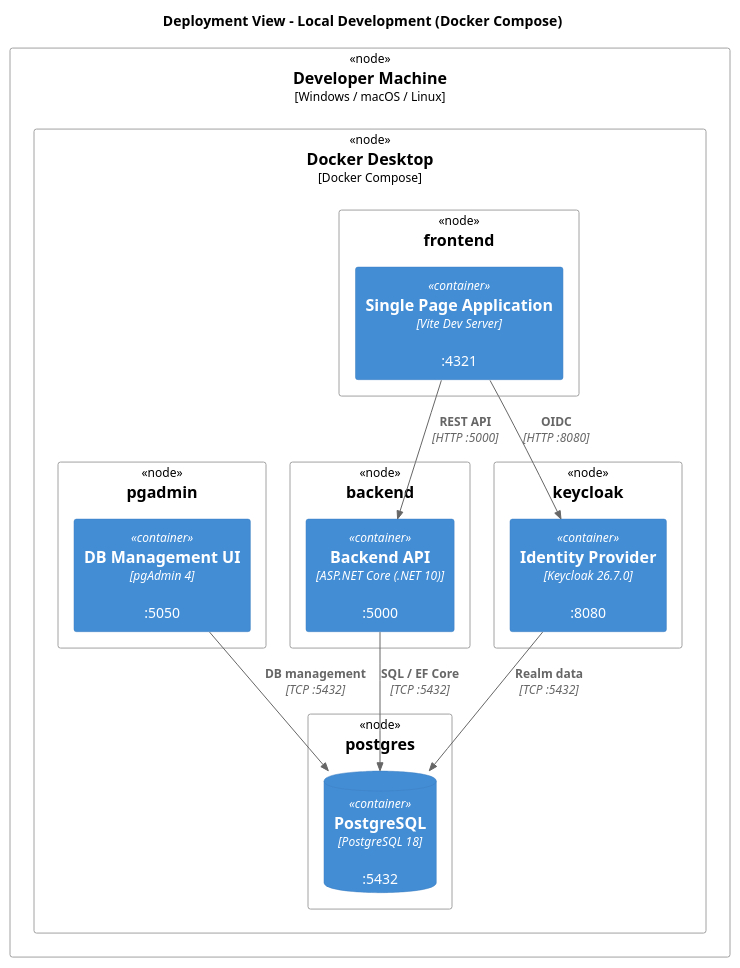
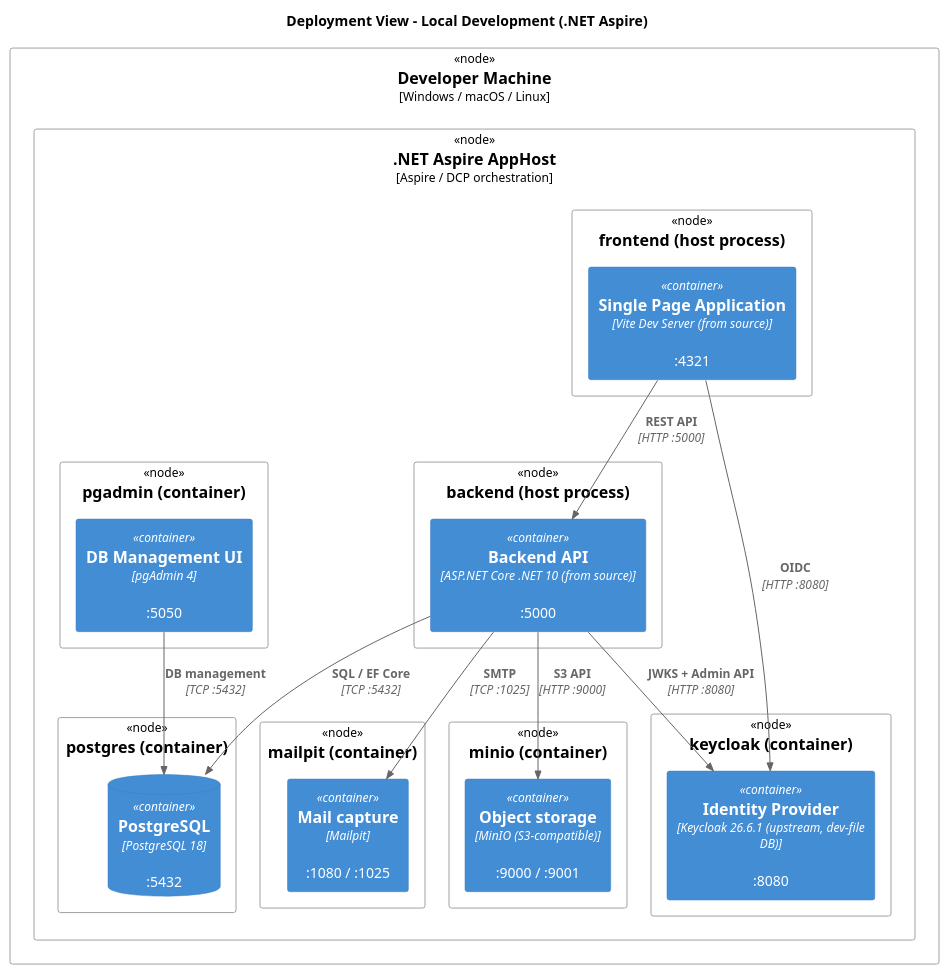
One commit to maik-hasler/einsatzbereit changed the diagram in docs/Architecture/images/deployment-local.puml. Above: the diagram before and after it, drawn with PlantUML. The commit also changed 27 other files, not shown here.

```diff
--- a/docs/Architecture/images/deployment-local.puml
+++ b/docs/Architecture/images/deployment-local.puml
@@ -1,38 +1,48 @@
 @startuml Local Development Deployment
 
 !include <C4/C4_Deployment>
 
-title Deployment View - Local Development (Docker Compose)
+title Deployment View - Local Development (.NET Aspire)
 
 Deployment_Node(machine, "Developer Machine", "Windows / macOS / Linux") {
-		Deployment_Node(docker, "Docker Desktop", "Docker Compose") {
+	Deployment_Node(aspire, ".NET Aspire AppHost", "Aspire / DCP orchestration") {
 
-				Deployment_Node(frontend_node, "frontend") {
-						Container(frontend, "Single Page Application", "Vite Dev Server", ":4321")
-				}
+		Deployment_Node(frontend_node, "frontend (host process)") {
+			Container(frontend, "Single Page Application", "Vite Dev Server (from source)", ":4321")
+		}
 
-				Deployment_Node(backend_node, "backend") {
-						Container(backend, "Backend API", "ASP.NET Core (.NET 10)", ":5000")
-				}
+		Deployment_Node(backend_node, "backend (host process)") {
+			Container(backend, "Backend API", "ASP.NET Core .NET 10 (from source)", ":5000")
+		}
 
-				Deployment_Node(keycloak_node, "keycloak") {
-						Container(keycloak, "Identity Provider", "Keycloak 26.7.0", ":8080")
-				}
+		Deployment_Node(keycloak_node, "keycloak (container)") {
+			Container(keycloak, "Identity Provider", "Keycloak 26.6.1 (upstream, dev-file DB)", ":8080")
+		}
 
-				Deployment_Node(postgres_node, "postgres") {
-						ContainerDb(postgres, "PostgreSQL", "PostgreSQL 18", ":5432")
-				}
+		Deployment_Node(postgres_node, "postgres (container)") {
+			ContainerDb(postgres, "PostgreSQL", "PostgreSQL 18", ":5432")
+		}
 
-				Deployment_Node(pgadmin_node, "pgadmin") {
-						Container(pgadmin, "DB Management UI", "pgAdmin 4", ":5050")
-				}
+		Deployment_Node(pgadmin_node, "pgadmin (container)") {
+			Container(pgadmin, "DB Management UI", "pgAdmin 4", ":5050")
 		}
+
+		Deployment_Node(mailpit_node, "mailpit (container)") {
+			Container(mailpit, "Mail capture", "Mailpit", ":1080 / :1025")
+		}
+
+		Deployment_Node(minio_node, "minio (container)") {
+			Container(minio, "Object storage", "MinIO (S3-compatible)", ":9000 / :9001")
+		}
+	}
 }
 
 Rel(frontend, backend, "REST API", "HTTP :5000")
 Rel(frontend, keycloak, "OIDC", "HTTP :8080")
 Rel(backend, postgres, "SQL / EF Core", "TCP :5432")
-Rel(keycloak, postgres, "Realm data", "TCP :5432")
+Rel(backend, keycloak, "JWKS + Admin API", "HTTP :8080")
+Rel(backend, mailpit, "SMTP", "TCP :1025")
+Rel(backend, minio, "S3 API", "HTTP :9000")
 Rel(pgadmin, postgres, "DB management", "TCP :5432")
 
 @enduml
```
